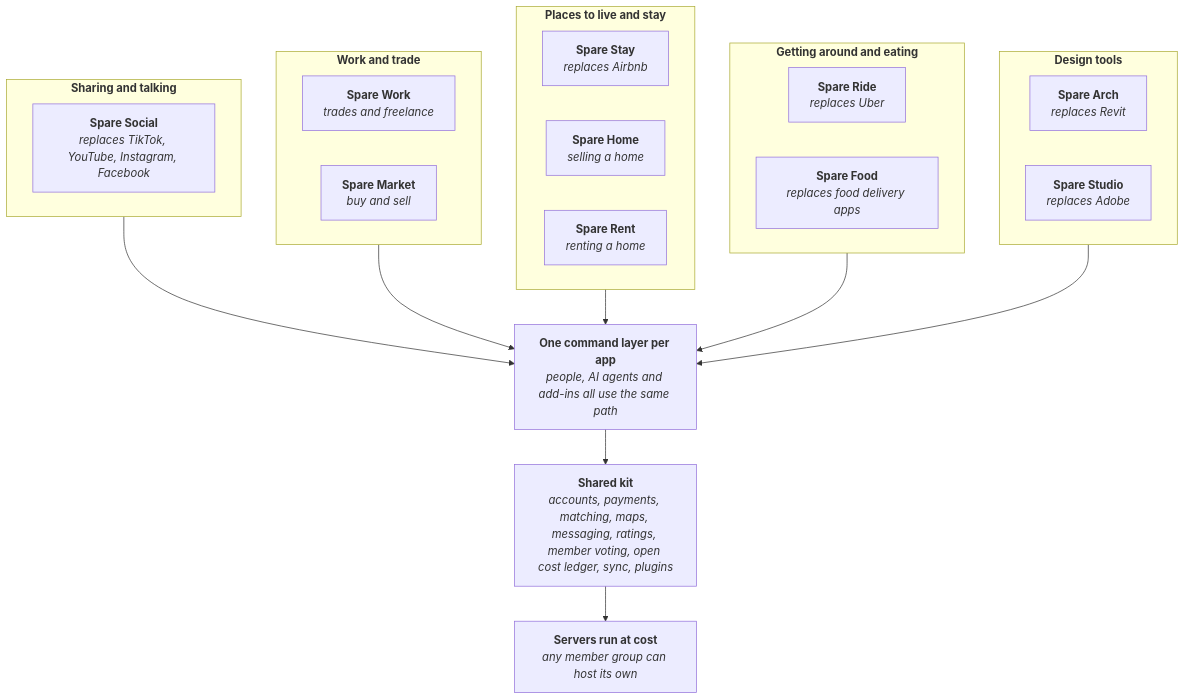
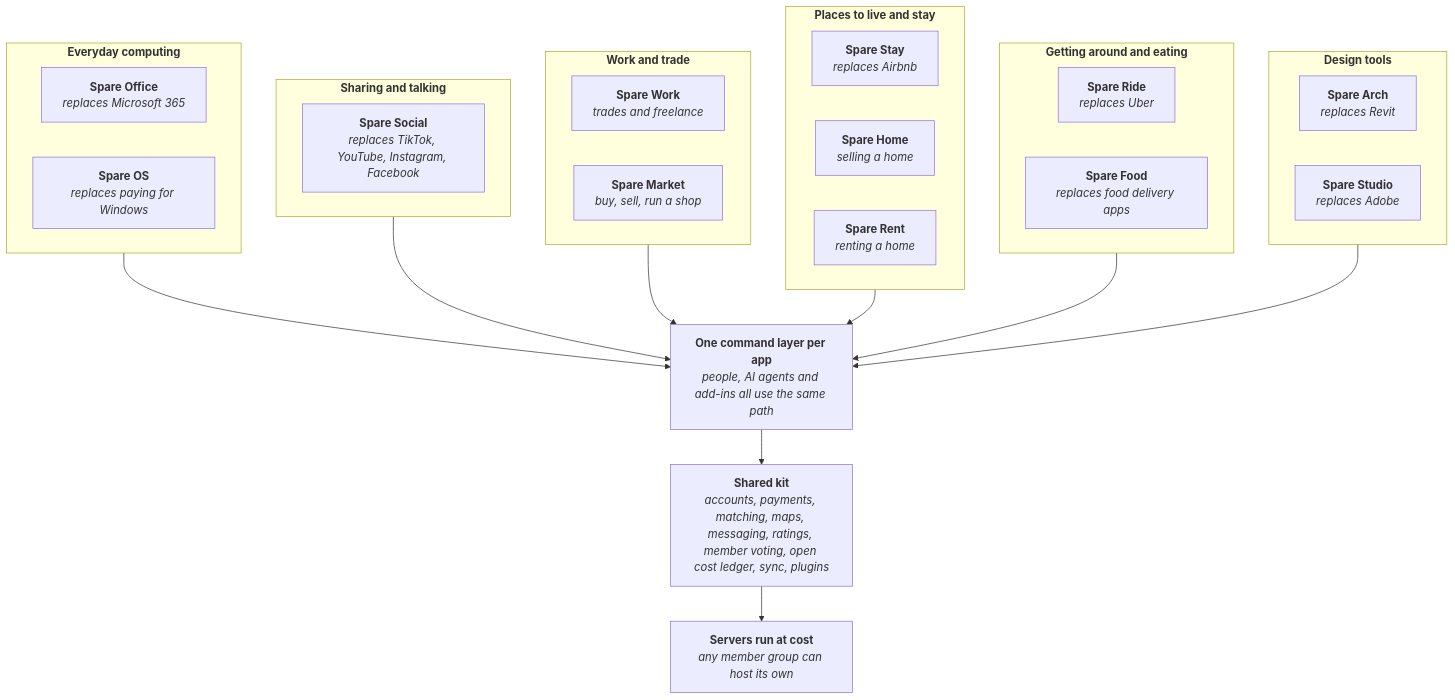
The diagram in README.md (spareware-co-op/spareware), drawn with Mermaid before and after one commit. The commit also changed other lines of this file and 14 other files, not shown here.

Commit message:
Spare Office and Spare OS mapped; human and AI sections in Spare Social; Shopify-style shops in Spare Market

````diff
--- a/README.md
+++ b/README.md
@@ -15,50 +15,58 @@
 ```mermaid
 flowchart TB
   subgraph TRADE["`**Work and trade**`"]
     direction LR
     WORK["`**Spare Work**
 *trades and freelance*`"]
     MARKET["`**Spare Market**
-*buy and sell*`"]
+*buy, sell, run a shop*`"]
   end
   subgraph LIVE["`**Places to live and stay**`"]
     direction LR
     STAY["`**Spare Stay**
 *replaces Airbnb*`"]
     HOME["`**Spare Home**
 *selling a home*`"]
     RENT["`**Spare Rent**
 *renting a home*`"]
   end
   subgraph MOVE["`**Getting around and eating**`"]
     direction LR
     RIDE["`**Spare Ride**
 *replaces Uber*`"]
     FOOD["`**Spare Food**
 *replaces food delivery apps*`"]
   end
   subgraph DESIGN["`**Design tools**`"]
     direction LR
     ARCH["`**Spare Arch**
 *replaces Revit*`"]
     STUDIO["`**Spare Studio**
 *replaces Adobe*`"]
   end
   subgraph SHARE["`**Sharing and talking**`"]
     direction LR
     SOCIAL["`**Spare Social**
 *replaces TikTok, YouTube, Instagram, Facebook*`"]
   end
+  subgraph COMPUTE["`**Everyday computing**`"]
+    direction LR
+    OFFICE["`**Spare Office**
+*replaces Microsoft 365*`"]
+    OSYS["`**Spare OS**
+*replaces paying for Windows*`"]
+  end
   CMD["`**One command layer per app**
 *people, AI agents and add-ins all use the same path*`"]
   KIT["`**Shared kit**
 *accounts, payments, matching, maps, messaging, ratings, member voting, open cost ledger, sync, plugins*`"]
   RUN["`**Servers run at cost**
 *any member group can host its own*`"]
+  COMPUTE --> CMD
   SHARE --> CMD
   TRADE --> CMD
   LIVE --> CMD
   MOVE --> CMD
   DESIGN --> CMD
   CMD --> KIT --> RUN
 ```
````
